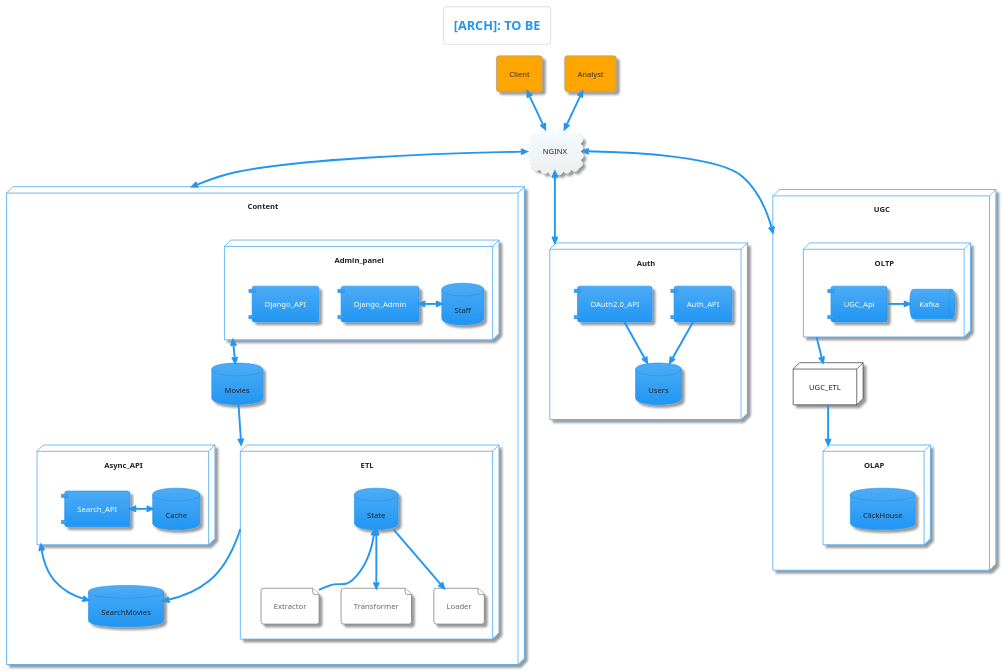
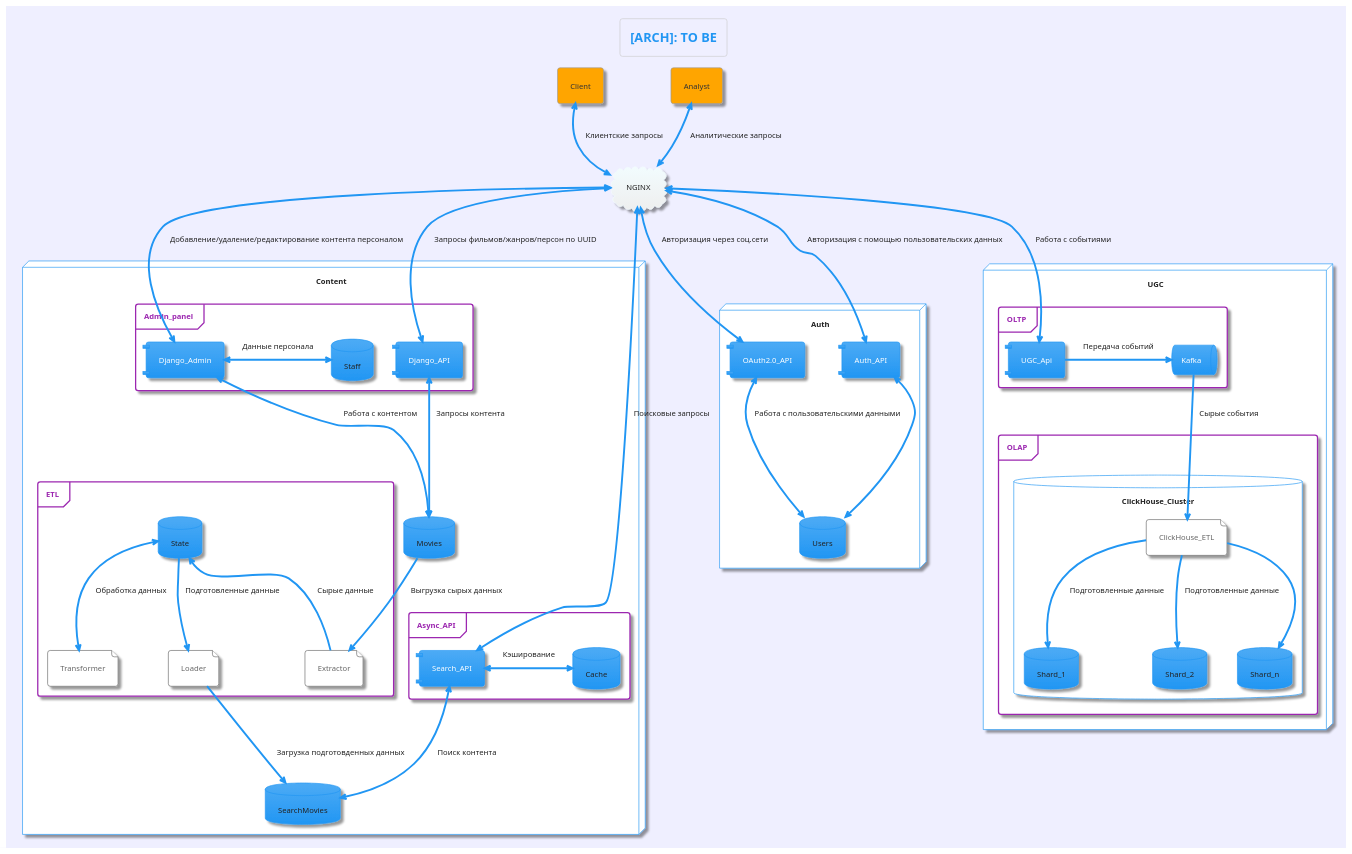
Before and after one commit to urbanchef/ugc_sprint_1: the diagram in architecture/to_be.puml, drawn with PlantUML. The commit also changed 1 other file, not shown here.

```diff
--- a/architecture/to_be.puml
+++ b/architecture/to_be.puml
@@ -1,66 +1,79 @@
 @startuml
 !theme materia
 skinparam componentStyle uml1
+skinparam backgroundColor MOTIVATION
 
 title [ARCH]: TO BE
 
 agent Client
 cloud "NGINX" as server
-Client <--> server
+Client <--> server: Клиентские запросы
 agent Analyst
-Analyst <--> server
+Analyst <--> server: Аналитические запросы
 
 node Content {
     database Movies
     database SearchMovies
-    node Admin_panel {
+    frame Admin_panel {
         database Staff
         component Django_Admin
         component Django_API
-        Django_Admin <-> Staff
+        Django_Admin <-> Staff: Данные персонала
     }
-    node ETL {
+    frame ETL {
         database State
         file Extractor
         file Transformer
         file Loader
-        State <-- Extractor
-        State <--> Transformer
-        State --> Loader
+        State <-- Extractor: Сырые данные
+        State <--> Transformer: Обработка данных
+        State --> Loader: Подготовленные данные
     }
-    node Async_API {
+    frame Async_API {
         component Search_API
         database Cache
-        Search_API <-> Cache
+        Search_API <-> Cache: Кэширование
     }
-    Movies --> ETL
-    Admin_panel <--> Movies
-    ETL --> SearchMovies
-    Async_API <--> SearchMovies
+    Movies --> Extractor: Выгрузка сырых данных
+    Django_Admin <--> Movies: Работа с контентом
+    Django_API <--> Movies: Запросы контента
+    Loader --> SearchMovies: Загрузка подготовденных данных
+    Search_API <--> SearchMovies: Поиск контента
 }
-server <--> Content
+
+server <--> Django_API: Запросы фильмов/жанров/персон по UUID
+server <--> Search_API: Поисковые запросы
+server <--> Django_Admin: Добавление/удаление/редактирование контента персоналом
 
 node Auth {
     component Auth_API
     component OAuth2.0_API
     database Users
-    Auth_API --> Users
-    OAuth2.0_API --> Users
+    Auth_API <--> Users
+    OAuth2.0_API <--> Users: Работа с пользовательскими данными
+}
 
-}
-server <--> Auth
+server <--> Auth_API: Авторизация с помощью пользовательских данных
+server <--> OAuth2.0_API: Авторизация через соц.сети
+
 node UGC {
-    node OLTP {
+    frame OLTP {
         component UGC_Api
         queue Kafka
-        UGC_Api -> Kafka
+        UGC_Api -> Kafka: Передача событий
     }
-    node UGC_ETL
-    node OLAP {
-        database ClickHouse
+    frame OLAP {
+        database ClickHouse_Cluster {
+            file ClickHouse_ETL
+            database Shard_1
+            database Shard_2
+            database Shard_n
+            ClickHouse_ETL --> Shard_1: Подготовленные данные
+            ClickHouse_ETL --> Shard_2: Подготовленные данные
+            ClickHouse_ETL --> Shard_n
+        }
     }
-    OLTP --> UGC_ETL
-    UGC_ETL --> OLAP
+    Kafka --> ClickHouse_ETL: Сырые события
 }
-server <--> UGC
+server <--> UGC_Api: Работа с событиями
 @enduml
```
